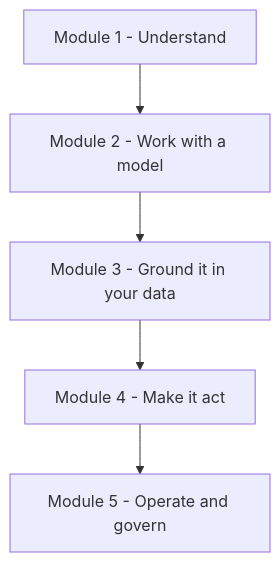
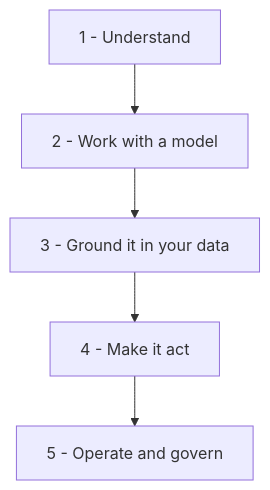
The diagram in content/en/foundations/_index.md (namphuongtran/ai-vault), drawn with Mermaid before and after one commit. The commit also changed other lines of this file and 159 other files, not shown here.

````diff
--- a/content/en/foundations/_index.md
+++ b/content/en/foundations/_index.md
@@ -30,7 +28,7 @@
 ```mermaid
 flowchart TB
-    M1[Module 1 - Understand] --> M2[Module 2 - Work with a model]
-    M2 --> M3[Module 3 - Ground it in your data]
-    M3 --> M4[Module 4 - Make it act]
-    M4 --> M5[Module 5 - Operate and govern]
+    M1[1 - Understand] --> M2[2 - Work with a model]
+    M2 --> M3[3 - Ground it in your data]
+    M3 --> M4[4 - Make it act]
+    M4 --> M5[5 - Operate and govern]
 ```
````
